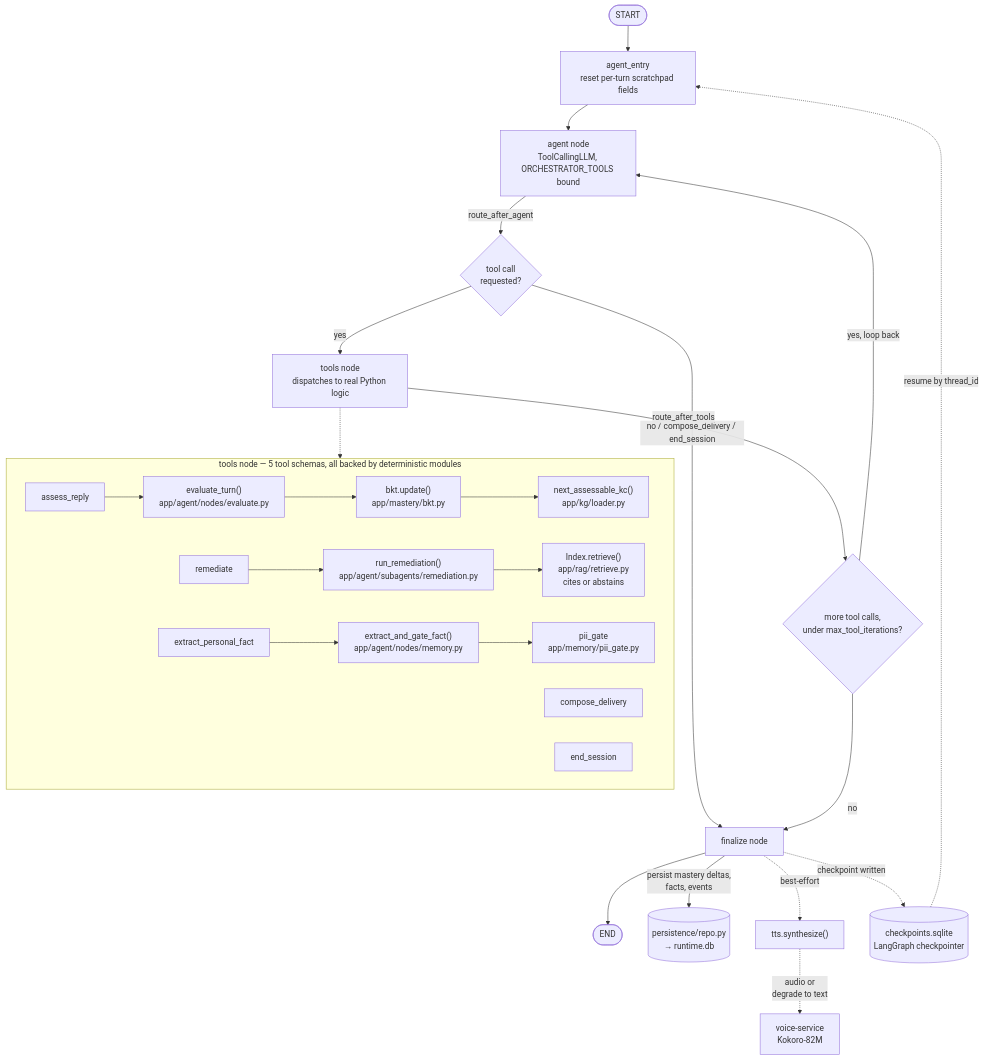
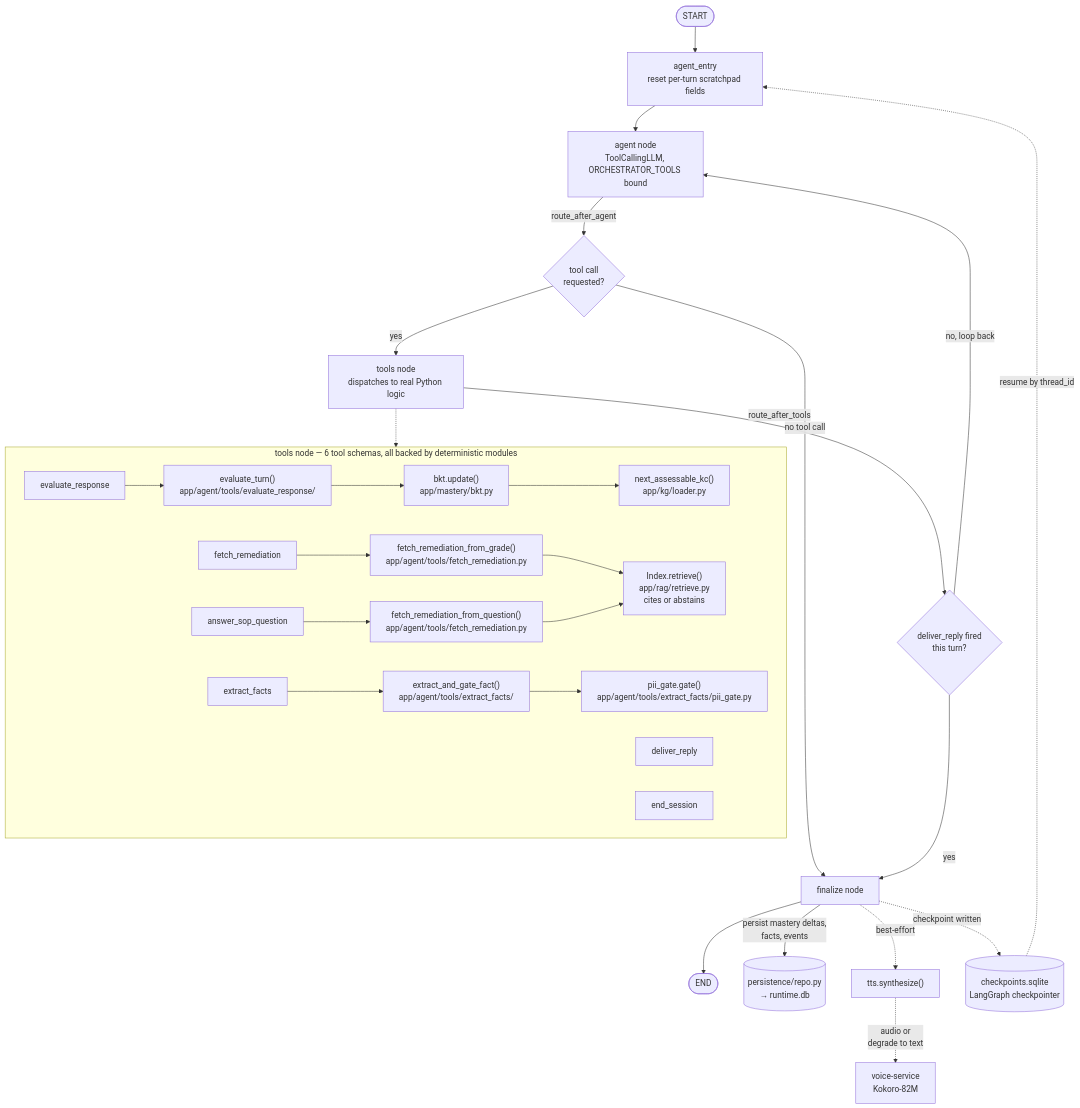
One commit to manuelmarting/hr-training-agentic-system changed the second of 2 diagrams in README.md. Above: the diagram before and after it, drawn with Mermaid. The commit also changed other lines of this file and 20 other files, not shown here.

First line of the commit message:
Add direct SOP-question tool, full agent trace panel, and fact dedup

````diff
--- a/README.md
+++ b/README.md
@@ -104,40 +104,43 @@
 ```mermaid
 flowchart TD
     START([START]) --> Entry["agent_entry\nreset per-turn scratchpad fields"]
     Entry --> Agent["agent node\nToolCallingLLM, ORCHESTRATOR_TOOLS bound"]
 
     Agent -- "route_after_agent" --> RouteAgent{"tool call\nrequested?"}
     RouteAgent -- "yes" --> Tools["tools node\ndispatches to real Python logic"]
-    RouteAgent -- "no / compose_delivery / end_session" --> Finalize["finalize node"]
+    RouteAgent -- "no tool call" --> Finalize["finalize node"]
 
-    Tools -- "route_after_tools" --> RouteTools{"more tool calls,\nunder max_tool_iterations?"}
-    RouteTools -- "yes, loop back" --> Agent
-    RouteTools -- "no" --> Finalize
+    Tools -- "route_after_tools" --> RouteTools{"deliver_reply fired\nthis turn?"}
+    RouteTools -- "no, loop back" --> Agent
+    RouteTools -- "yes" --> Finalize
 
     Finalize --> End([END])
 
-    subgraph ToolDispatch["tools node — 5 tool schemas, all backed by deterministic modules"]
+    subgraph ToolDispatch["tools node — 6 tool schemas, all backed by deterministic modules"]
         direction LR
-        T1["assess_reply"] --> Eval["evaluate_turn()\napp/agent/nodes/evaluate.py"]
+        T1["evaluate_response"] --> Eval["evaluate_turn()\napp/agent/tools/evaluate_response/"]
         Eval --> BKTU["bkt.update()\napp/mastery/bkt.py"]
         BKTU --> NextKC["next_assessable_kc()\napp/kg/loader.py"]
 
-        T2["remediate"] --> RunRem["run_remediation()\napp/agent/subagents/remediation.py"]
+        T2["fetch_remediation"] --> RunRem["fetch_remediation_from_grade()\napp/agent/tools/fetch_remediation.py"]
         RunRem --> Retr["Index.retrieve()\napp/rag/retrieve.py\ncites or abstains"]
 
-        T3["extract_personal_fact"] --> ExtractFact["extract_and_gate_fact()\napp/agent/nodes/memory.py"]
-        ExtractFact --> Gate["pii_gate\napp/memory/pii_gate.py"]
+        T3["answer_sop_question"] --> RunSop["fetch_remediation_from_question()\napp/agent/tools/fetch_remediation.py"]
+        RunSop --> Retr
 
-        T4["compose_delivery"]
+        T4["extract_facts"] --> ExtractFact["extract_and_gate_fact()\napp/agent/tools/extract_facts/"]
+        ExtractFact --> Gate["pii_gate.gate()\napp/agent/tools/extract_facts/pii_gate.py"]
 
-        T5["end_session"]
+        T5["deliver_reply"]
+
+        T6["end_session"]
     end
 
     Tools -.-> ToolDispatch
 
     Finalize -- "persist mastery deltas,\nfacts, events" --> Repo[("persistence/repo.py\n→ runtime.db")]
     Finalize -. "best-effort" .-> TTS["tts.synthesize()"] -. "audio or\ndegrade to text" .-> Voice["voice-service\nKokoro-82M"]
 
     CP[("checkpoints.sqlite\nLangGraph checkpointer")] -.->|"resume by thread_id"| Entry
     Finalize -.->|"checkpoint written"| CP
 ```
````
